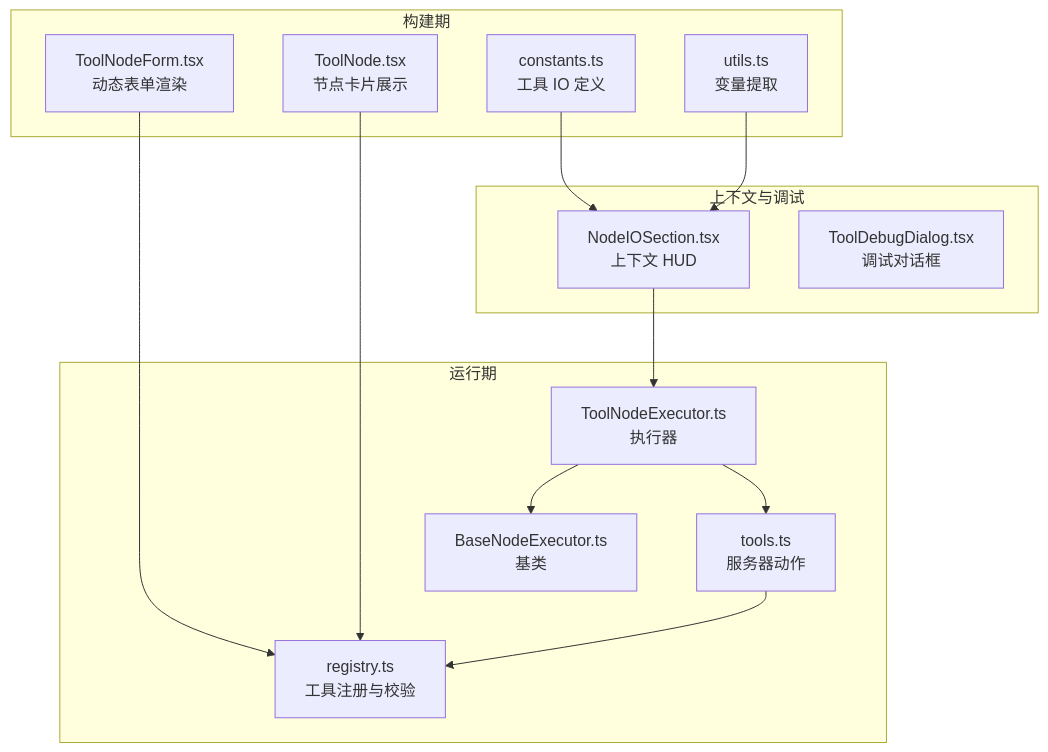
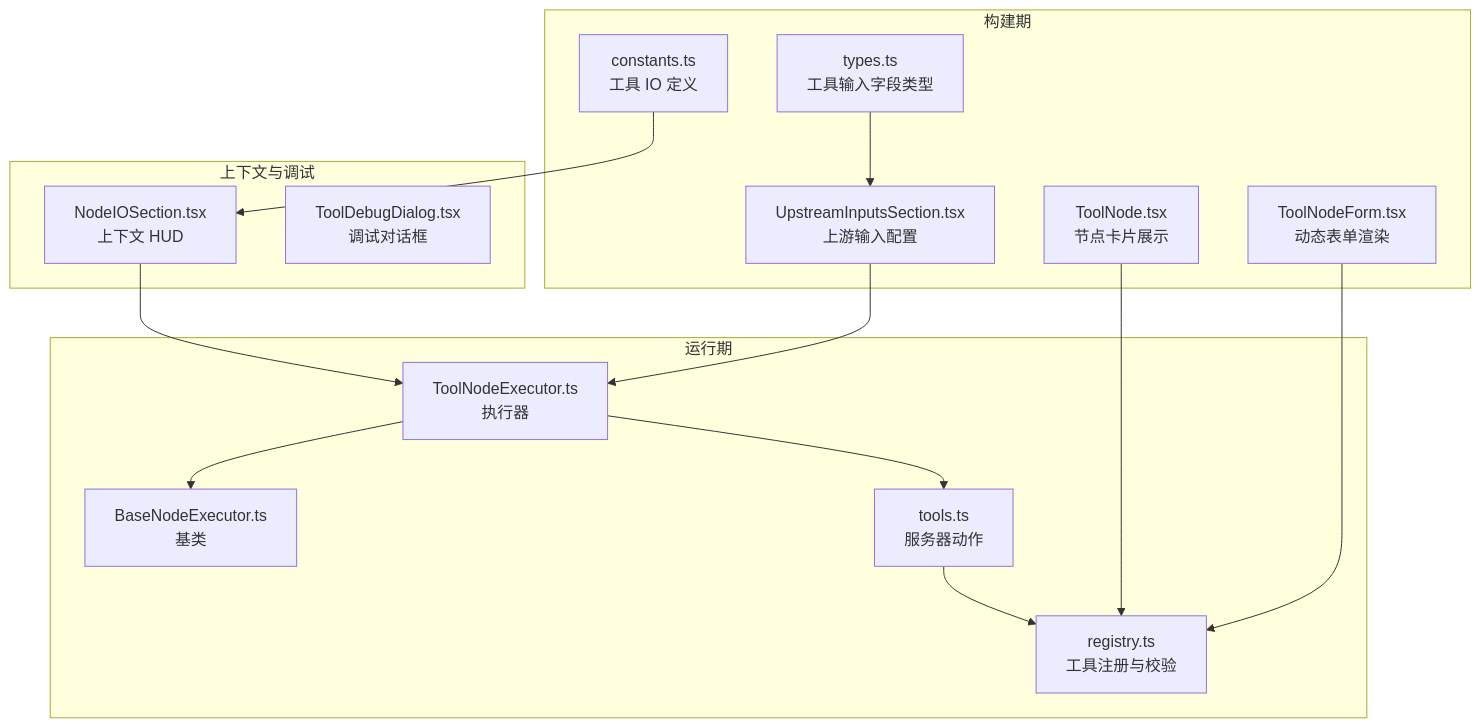
Before and after one commit to JasperLin2333/Flash-Flow: the first of 5 diagrams in .qoder/repowiki/zh/content/UI组件架构/构建器组件/工具节点表单.md, drawn with Mermaid. The commit also changed other lines of this file and 19 other files, not shown here.

````diff
--- a/.qoder/repowiki/zh/content/UI组件架构/构建器组件/工具节点表单.md
+++ b/.qoder/repowiki/zh/content/UI组件架构/构建器组件/工具节点表单.md
@@ -42,27 +49,29 @@
 ```mermaid
 graph TB
 subgraph "构建期"
 A["ToolNodeForm.tsx<br/>动态表单渲染"]
 B["ToolNode.tsx<br/>节点卡片展示"]
 C["constants.ts<br/>工具 IO 定义"]
-D["utils.ts<br/>变量提取"]
+D["types.ts<br/>工具输入字段类型"]
+E["UpstreamInputsSection.tsx<br/>上游输入配置"]
 end
 subgraph "运行期"
-E["ToolNodeExecutor.ts<br/>执行器"]
-F["BaseNodeExecutor.ts<br/>基类"]
-G["tools.ts<br/>服务器动作"]
-H["registry.ts<br/>工具注册与校验"]
+F["ToolNodeExecutor.ts<br/>执行器"]
+G["BaseNodeExecutor.ts<br/>基类"]
+H["tools.ts<br/>服务器动作"]
+I["registry.ts<br/>工具注册与校验"]
 end
 subgraph "上下文与调试"
-I["NodeIOSection.tsx<br/>上下文 HUD"]
-J["ToolDebugDialog.tsx<br/>调试对话框"]
+J["NodeIOSection.tsx<br/>上下文 HUD"]
+K["ToolDebugDialog.tsx<br/>调试对话框"]
 end
-A --> H
-B --> H
-C --> I
-D --> I
-I --> E
+A --> I
+B --> I
+C --> J
+D --> E
 E --> F
-E --> G
-G --> H
+J --> F
+F --> G
+F --> H
+H --> I
 ```
````
